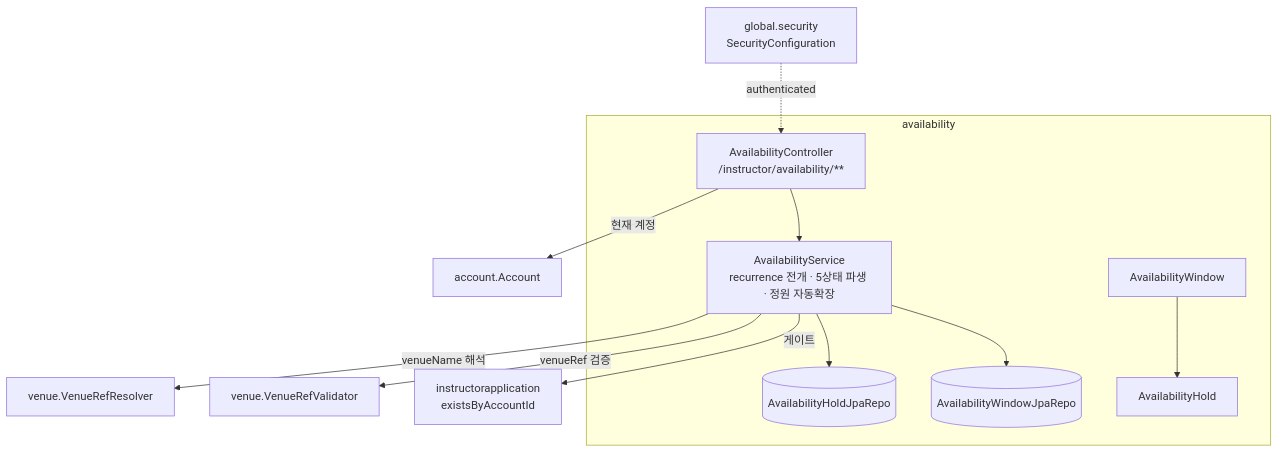
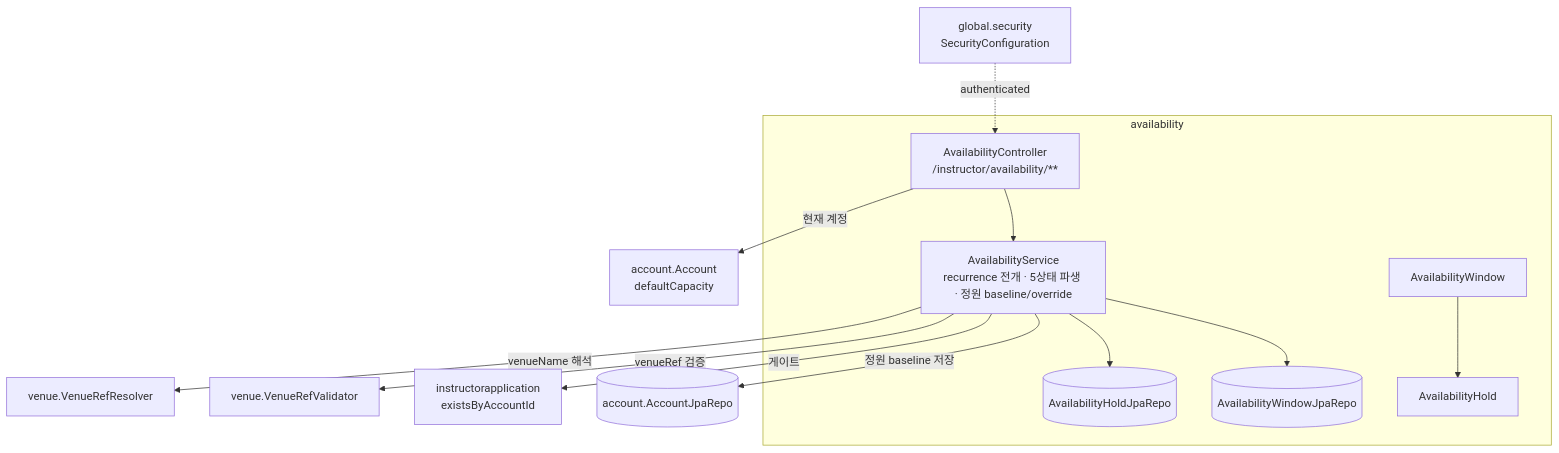
The first of 5 diagrams in docs/architecture/availability.md (pungdong/Pungdong-Backend), drawn with Mermaid before and after one commit. The commit also changed other lines of this file and 17 other files, not shown here.

First line of the commit message:
Feat: 정원 모델 — 계정 기본값(defaultCapacity) 종속 + 일정 sparse override(라이브 참조)

````diff
--- a/docs/architecture/availability.md
+++ b/docs/architecture/availability.md
@@ -9,18 +9,19 @@
 ```mermaid
 flowchart TB
   subgraph availability
     C[AvailabilityController<br/>/instructor/availability/**]
-    S[AvailabilityService<br/>recurrence 전개 · 5상태 파생 · 정원 자동확장]
+    S[AvailabilityService<br/>recurrence 전개 · 5상태 파생 · 정원 baseline/override]
     WR[(AvailabilityWindowJpaRepo)]
     HR[(AvailabilityHoldJpaRepo)]
     W[AvailabilityWindow] --> H[AvailabilityHold]
   end
   C --> S
   S --> WR
   S --> HR
+  S -->|정원 baseline 저장| AR[(account.AccountJpaRepo)]
   S -->|게이트| IA[instructorapplication<br/>existsByAccountId]
   S -->|venueRef 검증| VV[venue.VenueRefValidator]
   S -->|venueName 해석| VR[venue.VenueRefResolver]
-  C -->|현재 계정| AC[account.Account]
+  C -->|현재 계정| AC[account.Account<br/>defaultCapacity]
   SEC[global.security<br/>SecurityConfiguration] -.authenticated.-> C
 ```
````
